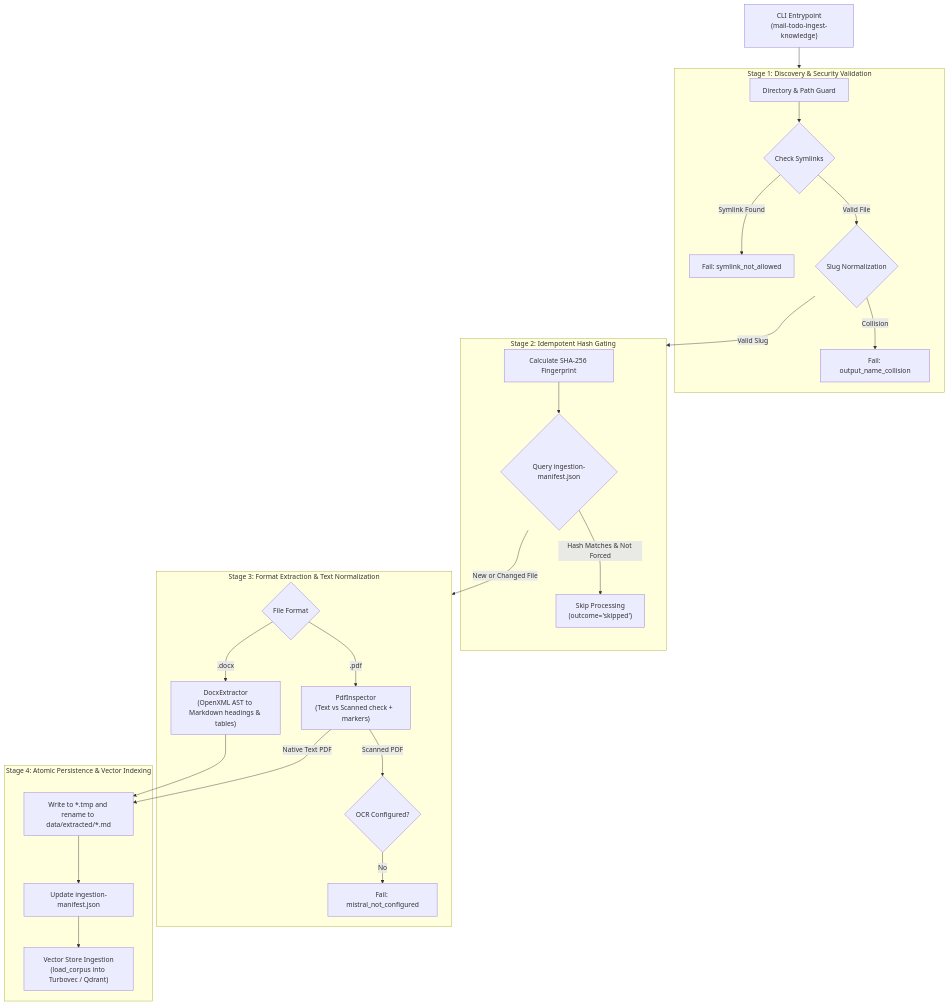
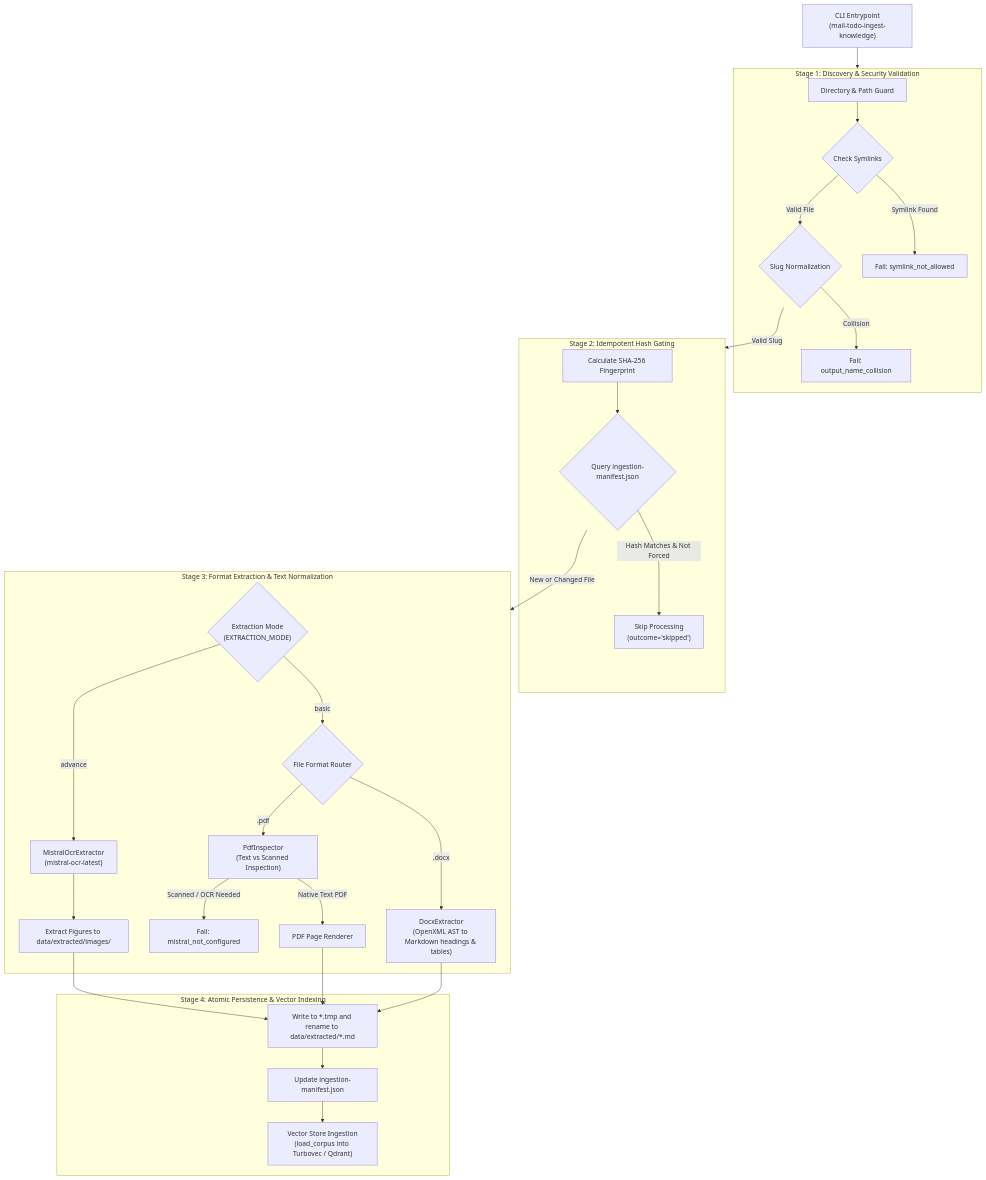
The first of 4 diagrams in docs/references/ingestion-pipeline-brainstorming.md (MathematicGuy/EMAIL-AGENT-v1), drawn with Mermaid before and after one commit. The commit also changed other lines of this file and 6 other files, not shown here.

Commit message:
feat(ingestion): upgrade extraction mode to adaptive with auto-escalation to Mistral OCR

````diff
--- a/docs/references/ingestion-pipeline-brainstorming.md
+++ b/docs/references/ingestion-pipeline-brainstorming.md
@@ -48,35 +48,40 @@
 ```mermaid
 flowchart TB
     CLI["CLI Entrypoint<br/>(mail-todo-ingest-knowledge)"] --> STAGE1
     
     subgraph STAGE1["Stage 1: Discovery & Security Validation"]
         DIR["Directory & Path Guard"] --> SYM{"Check Symlinks"}
         SYM -->|Symlink Found| REJECT1["Fail: symlink_not_allowed"]
         SYM -->|Valid File| SLUG{"Slug Normalization"}
         SLUG -->|Collision| REJECT2["Fail: output_name_collision"]
     end
 
     SLUG -->|Valid Slug| STAGE2
 
     subgraph STAGE2["Stage 2: Idempotent Hash Gating"]
         HASH["Calculate SHA-256 Fingerprint"] --> MANIFEST{"Query ingestion-manifest.json"}
         MANIFEST -->|Hash Matches & Not Forced| SKIP["Skip Processing<br/>(outcome='skipped')"]
     end
 
     MANIFEST -->|New or Changed File| STAGE3
 
     subgraph STAGE3["Stage 3: Format Extraction & Text Normalization"]
-        TYPE{"File Format"}
+        MODE{"Extraction Mode<br/>(EXTRACTION_MODE)"}
+        MODE -->|basic| TYPE{"File Format Router"}
+        MODE -->|advance| OCR["MistralOcrExtractor<br/>(mistral-ocr-latest)"]
+        OCR --> FIGURES["Extract Figures to data/extracted/images/"]
+
         TYPE -->|.docx| DOCX["DocxExtractor<br/>(OpenXML AST to Markdown headings & tables)"]
-        TYPE -->|.pdf| PDF["PdfInspector<br/>(Text vs Scanned check + <!-- Page N --> markers)"]
-        PDF -->|Scanned PDF| OCR_CHECK{"OCR Configured?"}
-        OCR_CHECK -->|No| FAIL_OCR["Fail: mistral_not_configured"]
+        TYPE -->|.pdf| PDF["PdfInspector<br/>(Text vs Scanned Inspection)"]
+        PDF -->|Native Text PDF| RENDER_PDF["PDF Page Renderer"]
+        PDF -->|Scanned / OCR Needed| FAIL_OCR["Fail: mistral_not_configured"]
     end
 
     subgraph STAGE4["Stage 4: Atomic Persistence & Vector Indexing"]
         DOCX --> ATOMIC["Write to *.tmp and rename to data/extracted/*.md"]
-        PDF -->|Native Text PDF| ATOMIC
+        RENDER_PDF --> ATOMIC
+        FIGURES --> ATOMIC
         ATOMIC --> REGISTER["Update ingestion-manifest.json"]
         REGISTER --> VECTOR["Vector Store Ingestion<br/>(load_corpus into Turbovec / Qdrant)"]
     end
 ```
````
